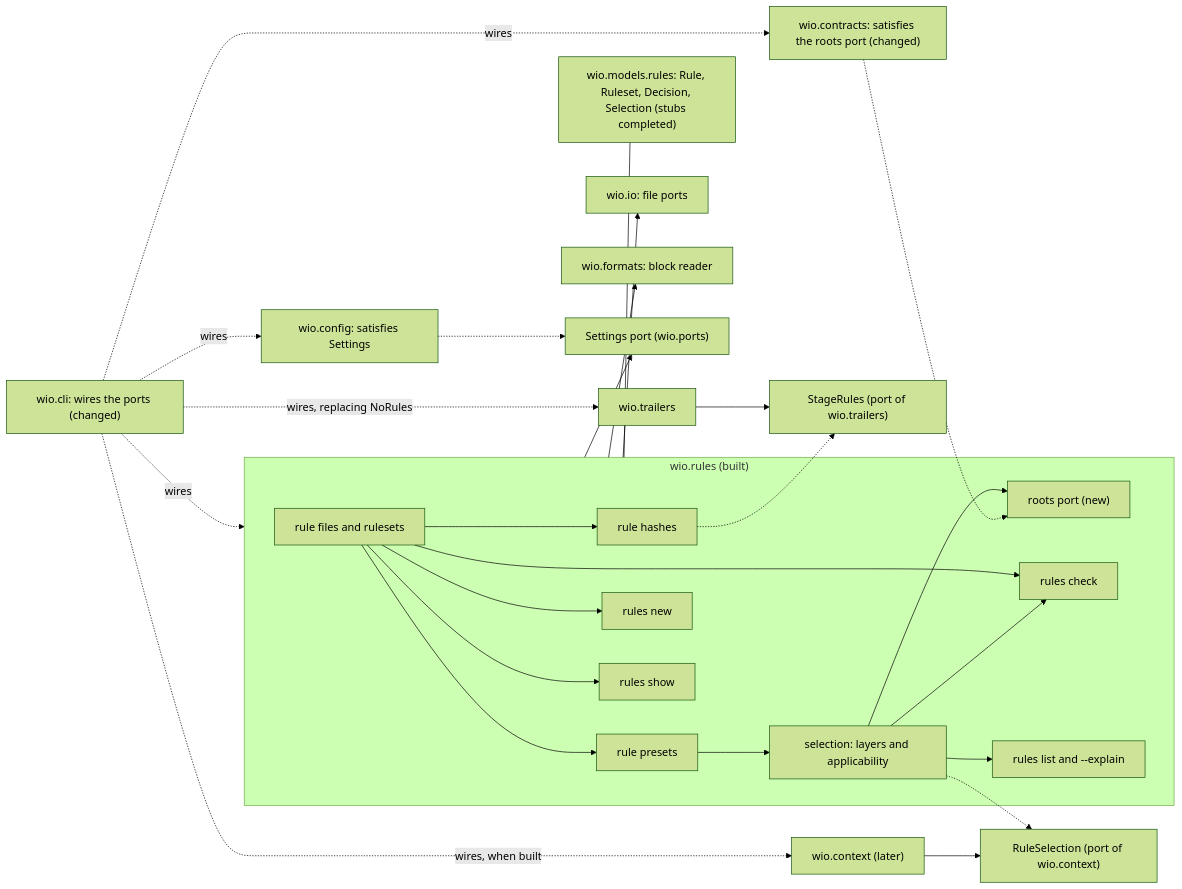
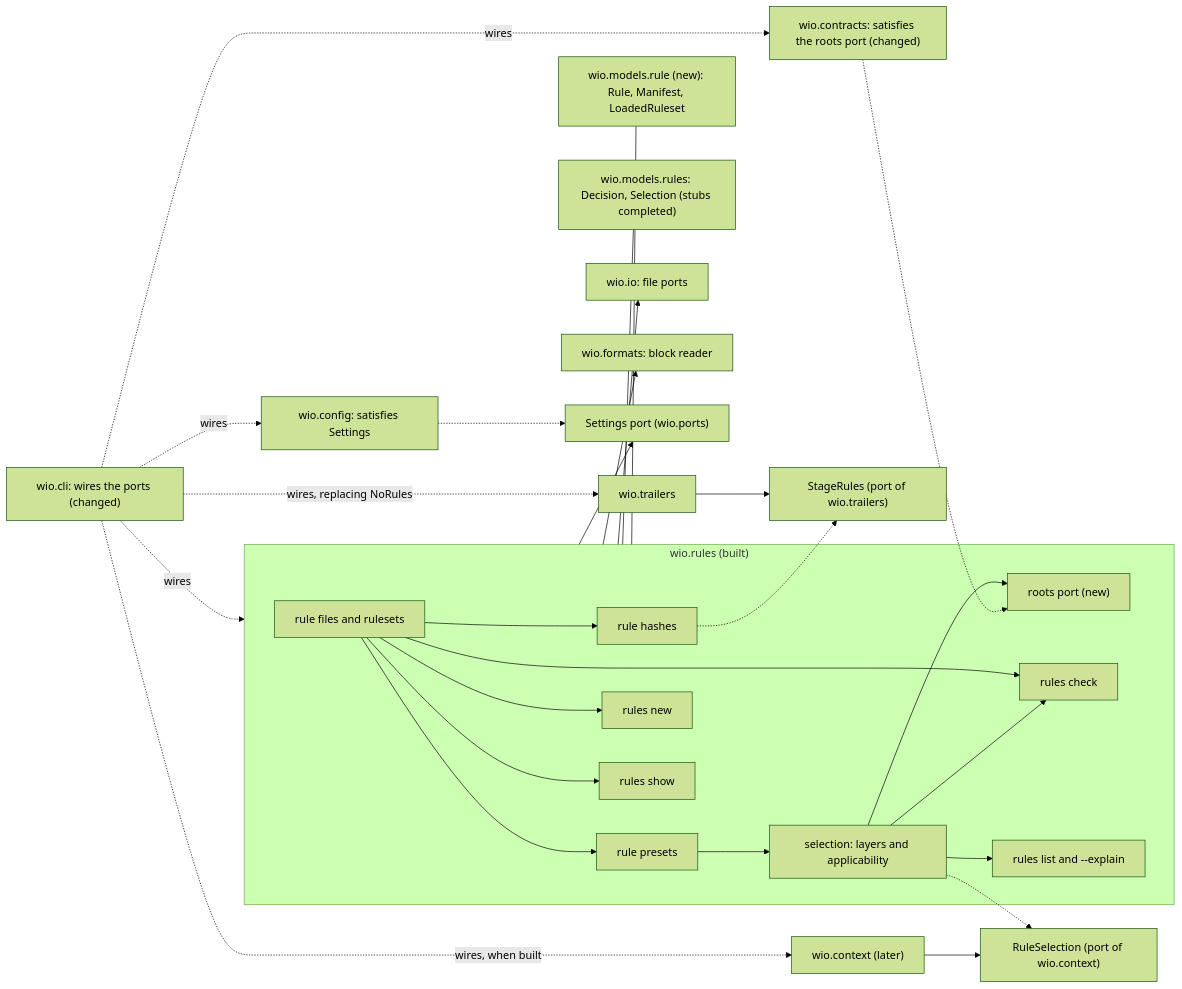
The second of 2 diagrams in .agents/wio/works/wio-rules/README.md (msitarz/wio), drawn with Mermaid (forest theme) before and after one commit. The commit also changed other lines of this file and 3 other files, not shown here.

First line of the commit message:
docs(rules): settle the names, the discovery faults and the key forms of the rule files Works

````diff
--- a/.agents/wio/works/wio-rules/README.md
+++ b/.agents/wio/works/wio-rules/README.md
@@ -242,48 +256,50 @@
 ```mermaid
 flowchart LR
     subgraph rules["wio.rules (built)"]
         files["rule files and rulesets"]
         presets["rule presets"]
         select["selection: layers and applicability"]
         hashes["rule hashes"]
         rootsport["roots port (new)"]
         new["rules new"]
         check["rules check"]
         list["rules list and --explain"]
         show["rules show"]
     end
-    models["wio.models.rules: Rule, Ruleset, Decision, Selection (stubs completed)"]
+    ruledata["wio.models.rule (new): Rule, Manifest, LoadedRuleset"]
+    models["wio.models.rules: Decision, Selection (stubs completed)"]
     io["wio.io: file ports"]
     fmt["wio.formats: block reader"]
     settings["Settings port (wio.ports)"]
     selport["RuleSelection (port of wio.context)"]
     stageport["StageRules (port of wio.trailers)"]
     config["wio.config: satisfies Settings"]
     contracts["wio.contracts: satisfies the roots port (changed)"]
     ctx["wio.context (later)"]
     trl["wio.trailers"]
     cli["wio.cli: wires the ports (changed)"]
     files --> presets --> select
     files --> new
     files --> check
     files --> show
     files --> hashes
     select --> check
     select --> list
     select --> rootsport
+    rules --- ruledata
     rules --- models
     rules --> io
     rules --> fmt
     rules --> settings
     config -.-> settings
     contracts -.-> rootsport
     select -.-> selport
     hashes -.-> stageport
     ctx --> selport
     trl --> stageport
     cli -. "wires" .-> rules
     cli -. "wires" .-> config
     cli -. "wires" .-> contracts
     cli -. "wires, replacing NoRules" .-> trl
     cli -. "wires, when built" .-> ctx
 ```
````
